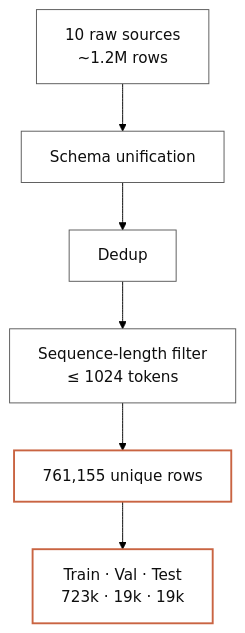
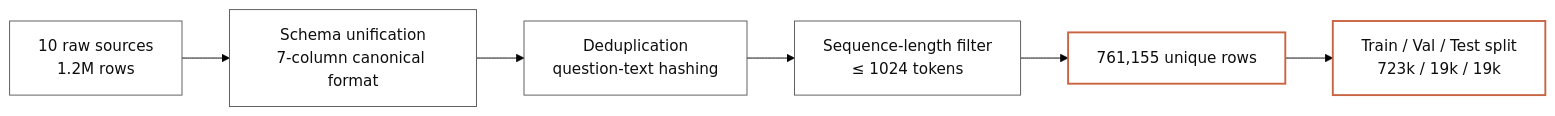
One commit to DanielRegaladoUMiami/sql-agent-llmops changed the second of 3 diagrams in presentation/slides.md. Above: the diagram before and after it, drawn with Mermaid (forest theme). The commit also changed other lines of this file and 1 other file, not shown here.

````diff
--- a/presentation/slides.md
+++ b/presentation/slides.md
@@ -335,12 +212,11 @@
 ```mermaid
-flowchart TD
-  S1["10 raw sources<br/>~1.2M rows"] --> U[Schema unification]
-  U --> D[Dedup]
+flowchart LR
+  S["10 raw sources<br/>1.2M rows"] --> U["Schema unification<br/>7-column canonical format"]
+  U --> D["Deduplication<br/>question-text hashing"]
   D --> F["Sequence-length filter<br/>≤ 1024 tokens"]
   F --> X["761,155 unique rows"]
-  X --> SP["Train · Val · Test<br/>723k · 19k · 19k"]
-
+  X --> SP["Train / Val / Test split<br/>723k / 19k / 19k"]
   classDef node fill:#FFFFFF,stroke:#5A5A5A,color:#0E0E0E
   classDef accent fill:#FFFFFF,stroke:#C96442,color:#0E0E0E,stroke-width:2px
   class X,SP accent
 ```
````
